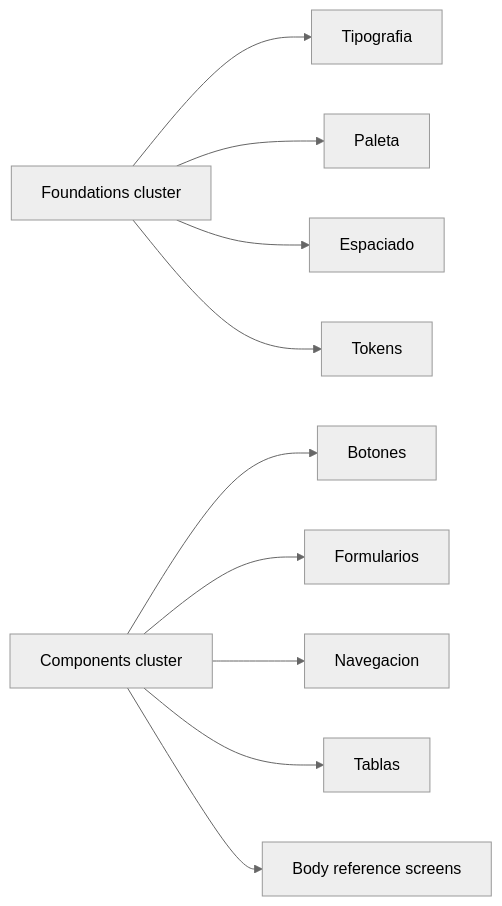
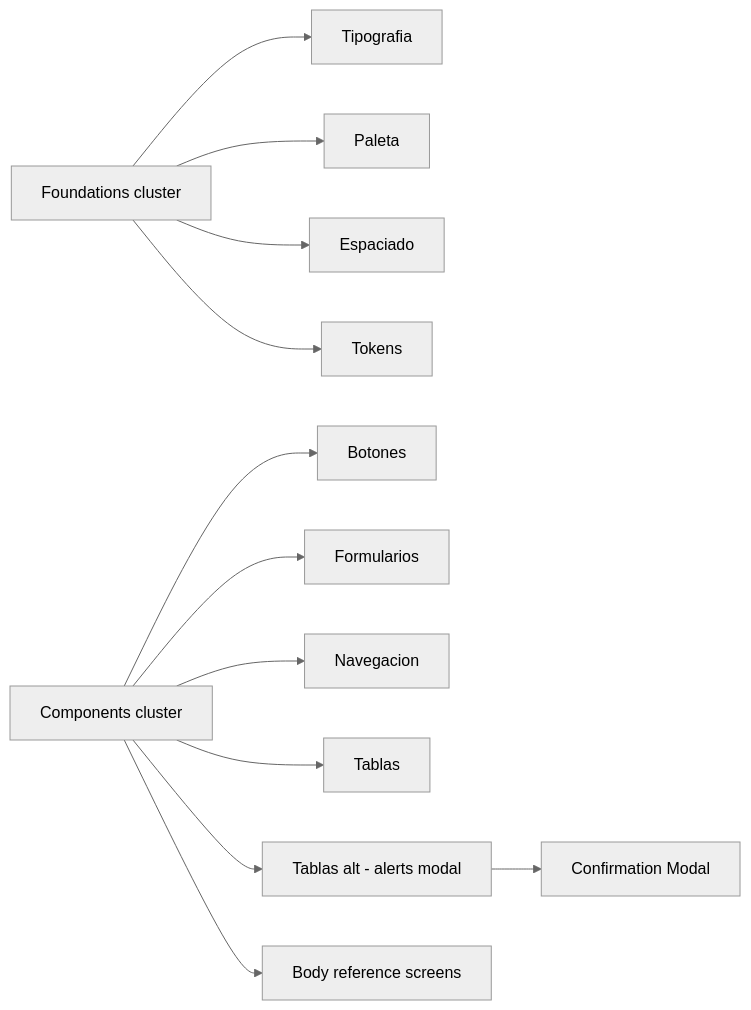
One commit to AcredIA-UMSS/sigesa-docs changed the fourth of 4 diagrams in figma/maps/interaction-map.md. Above: the diagram before and after it, drawn with Mermaid (neutral theme). The commit also changed other lines of this file and 64 other files, not shown here.

````diff
--- a/figma/maps/interaction-map.md
+++ b/figma/maps/interaction-map.md
@@ -67,18 +83,20 @@
 ```mermaid
 flowchart LR
   Foundations[Foundations cluster]
   Components[Components cluster]
   Screens[Body reference screens]
 
   Foundations --> Tipografia
   Foundations --> Paleta
   Foundations --> Espaciado
   Foundations --> Tokens
 
   Components --> Botones
   Components --> Formularios
   Components --> Navegacion
   Components --> Tablas
+  Components --> TablasAlt[Tablas alt - alerts modal]
 
   Components --> Screens
+  TablasAlt --> ConfirmModal[Confirmation Modal]
 ```
````
